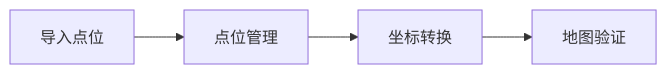
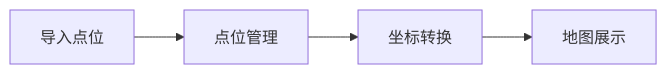
Before and after one commit to Taooa/map-web: the diagram in docs/Coordinate-Toolkit-PRD-V2.md, drawn with Mermaid. The commit also changed other lines of this file and 23 other files, not shown here.

````diff
--- a/docs/Coordinate-Toolkit-PRD-V2.md
+++ b/docs/Coordinate-Toolkit-PRD-V2.md
@@ -165,6 +192,6 @@
 ```mermaid
 flowchart LR
     A["导入点位"] --> B["点位管理"]
     B --> C["坐标转换"]
-    C --> D["地图验证"]
+    C --> D["地图展示"]
 ```
````
